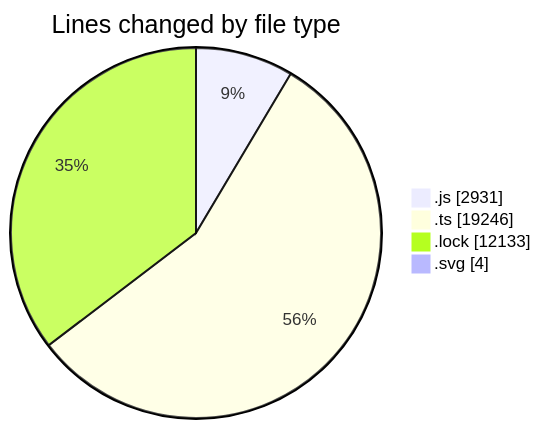
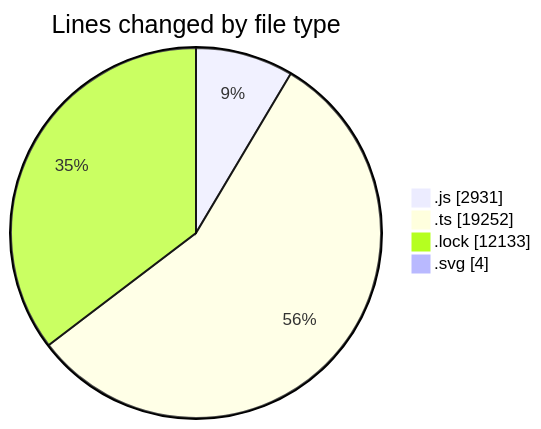
One commit to momahboobian/code-tracking changed the first of 2 diagrams in 2025-08-12/cda/README.md. Above: the diagram before and after it, drawn with Mermaid. The commit also changed other lines of this file and 1 other file, not shown here.

````diff
--- a/2025-08-12/cda/README.md
+++ b/2025-08-12/cda/README.md
@@ -42,8 +42,8 @@
 ```mermaid
 pie showData
 title Lines changed by file type
 ".js" : 2931
-".ts" : 19246
+".ts" : 19252
 ".lock" : 12133
 ".svg" : 4
 ```
````
